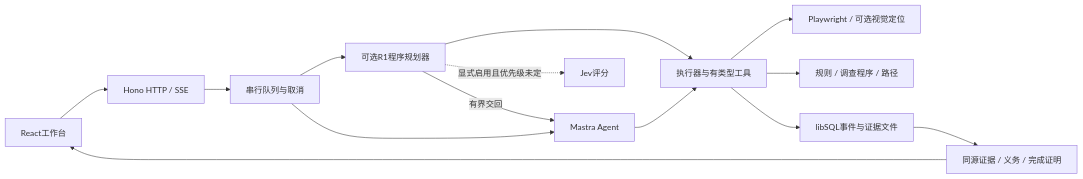
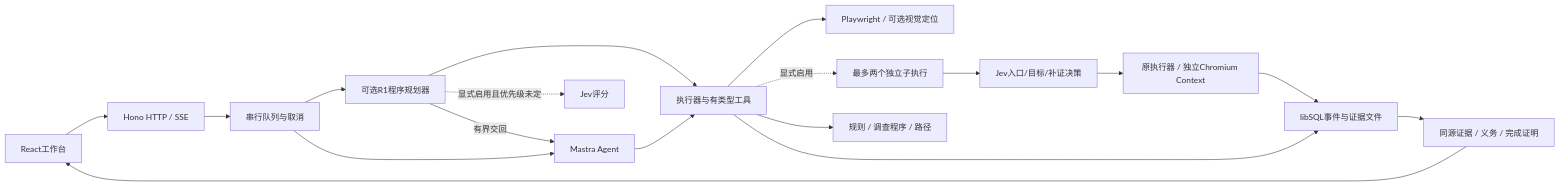
The diagram in docs/architecture.md (FailLone/ui-sentinel), drawn with Mermaid before and after one commit. The commit also changed other lines of this file and 4 other files, not shown here.

````diff
--- a/docs/architecture.md
+++ b/docs/architecture.md
@@ -7,16 +7,20 @@
 ```mermaid
 flowchart LR
   UI[React工作台] --> API[Hono HTTP / SSE]
   API --> Queue[串行队列与取消]
   Queue --> Planner[可选R1程序规划器]
   Planner --> Tools
   Planner -->|有界交回| Agent[Mastra Agent]
   Queue --> Agent
   Planner -. 显式启用且优先级未定 .-> Jev[Jev评分]
   Agent --> Tools[执行器与有类型工具]
   Tools --> Browser[Playwright / 可选视觉定位]
+  Tools -. 显式启用 .-> Children[最多两个独立子执行]
+  Children --> PopupJev[Jev入口/目标/补证决策]
+  PopupJev --> ChildBrowser[原执行器 / 独立Chromium Context]
+  ChildBrowser --> Store
   Tools --> Rules[规则 / 调查程序 / 路径]
   Tools --> Store[libSQL事件与证据文件]
   Store --> Report[同源证据 / 义务 / 完成证明]
   Report --> UI
 ```
````
